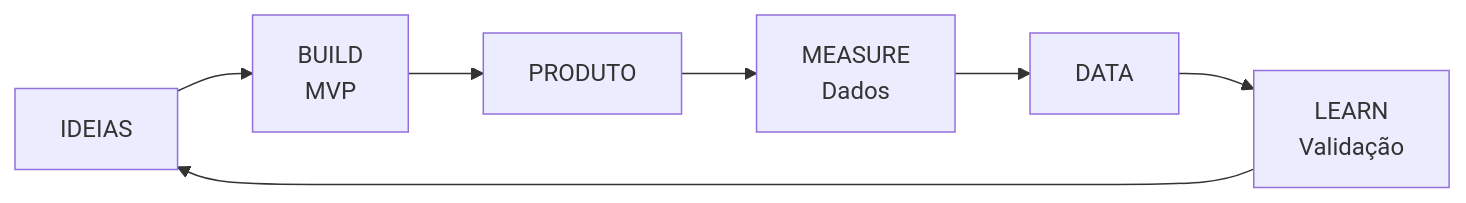
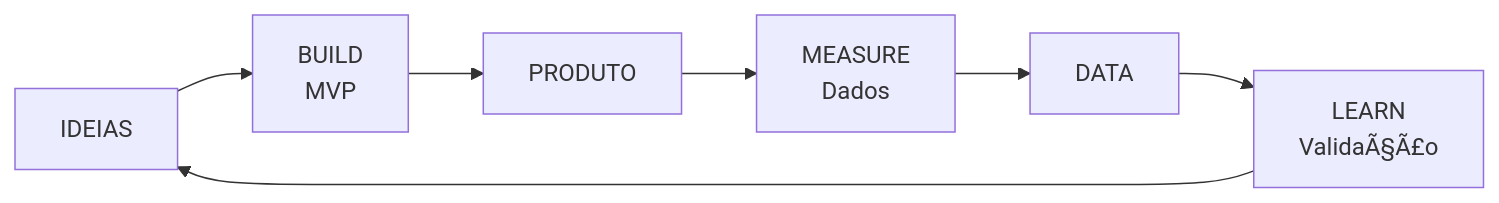
One commit to ldvsantos/cv changed the first of 2 diagrams in aulas/ciencia_pi/SLIDES_QUARTO/Tema 03 - Empreendedorismo tecnologico/tema03_apresentacao/tema03_apresentacao.qmd. Above: the diagram before and after it, drawn with Mermaid. The commit also changed other lines of this file and 466 other files, not shown here.

````diff
--- a/aulas/ciencia_pi/SLIDES_QUARTO/Tema 03 - Empreendedorismo tecnologico/tema03_apresentacao/tema03_apresentacao.qmd
+++ b/aulas/ciencia_pi/SLIDES_QUARTO/Tema 03 - Empreendedorismo tecnologico/tema03_apresentacao/tema03_apresentacao.qmd
@@ -250,9 +249,9 @@
 ```{mermaid}
 graph LR
     I[IDEIAS] --> B[BUILD\nMVP]
     B --> P[PRODUTO]
     P --> M[MEASURE\nDados]
     M --> D[DATA]
-    D --> L[LEARN\nValidação]
+    D --> L[LEARN\nValidaÃ§Ã£o]
     L --> I
 ```
````
